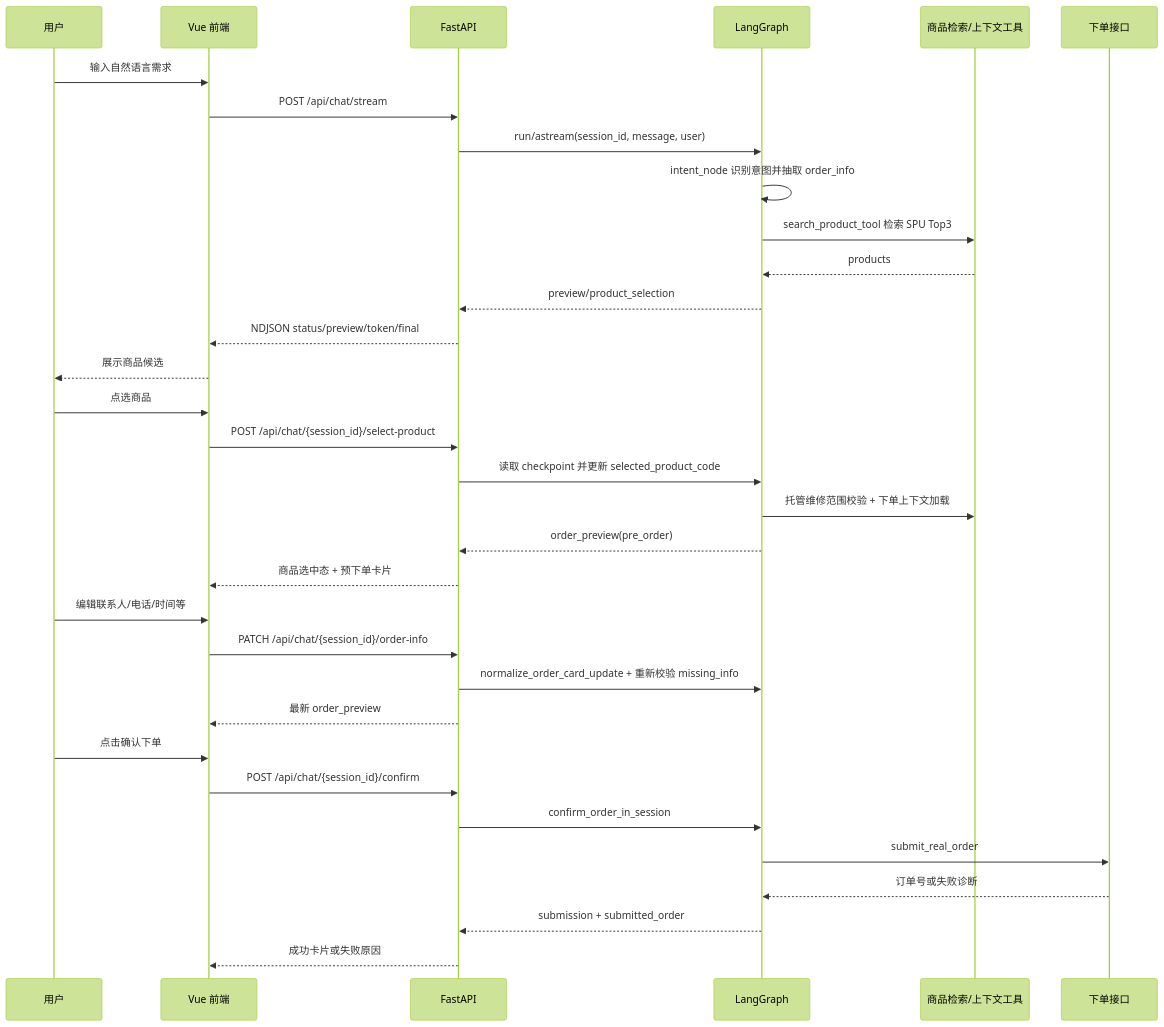
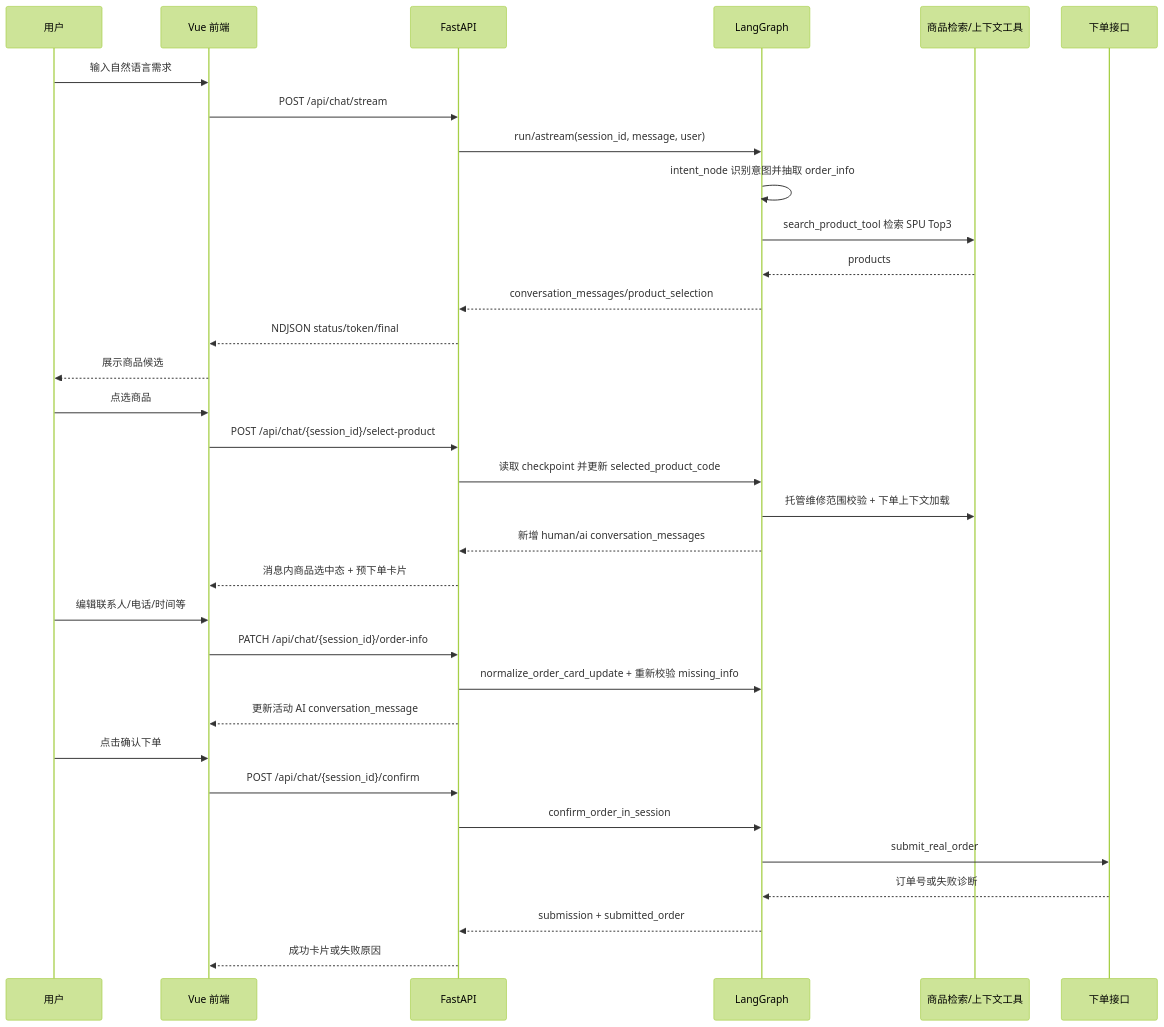
Before and after one commit to chengzongxin/hotel-ai-order: the first of 2 diagrams in README.md, drawn with Mermaid (forest theme). The commit also changed other lines of this file and 16 other files, not shown here.

Commit message:
refactor conversation messages with state snapshots

````diff
--- a/README.md
+++ b/README.md
@@ -85,39 +85,39 @@
 ```mermaid
 sequenceDiagram
     participant U as 用户
     participant FE as Vue 前端
     participant API as FastAPI
     participant G as LangGraph
     participant R as 商品检索/上下文工具
     participant O as 下单接口
 
     U->>FE: 输入自然语言需求
     FE->>API: POST /api/chat/stream
     API->>G: run/astream(session_id, message, user)
     G->>G: intent_node 识别意图并抽取 order_info
     G->>R: search_product_tool 检索 SPU Top3
     R-->>G: products
-    G-->>API: preview/product_selection
-    API-->>FE: NDJSON status/preview/token/final
+    G-->>API: conversation_messages/product_selection
+    API-->>FE: NDJSON status/token/final
     FE-->>U: 展示商品候选
 
     U->>FE: 点选商品
     FE->>API: POST /api/chat/{session_id}/select-product
     API->>G: 读取 checkpoint 并更新 selected_product_code
     G->>R: 托管维修范围校验 + 下单上下文加载
-    G-->>API: order_preview(pre_order)
-    API-->>FE: 商品选中态 + 预下单卡片
+    G-->>API: 新增 human/ai conversation_messages
+    API-->>FE: 消息内商品选中态 + 预下单卡片
 
     U->>FE: 编辑联系人/电话/时间等
     FE->>API: PATCH /api/chat/{session_id}/order-info
     API->>G: normalize_order_card_update + 重新校验 missing_info
-    API-->>FE: 最新 order_preview
+    API-->>FE: 更新活动 AI conversation_message
 
     U->>FE: 点击确认下单
     FE->>API: POST /api/chat/{session_id}/confirm
     API->>G: confirm_order_in_session
     G->>O: submit_real_order
     O-->>G: 订单号或失败诊断
     G-->>API: submission + submitted_order
     API-->>FE: 成功卡片或失败原因
 ```
````
